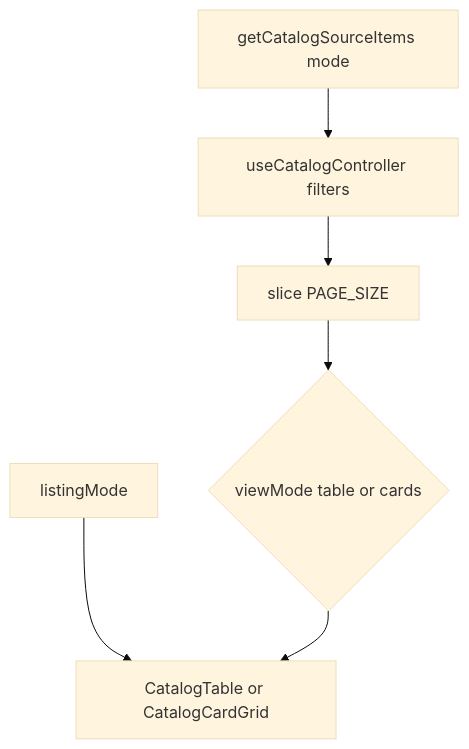
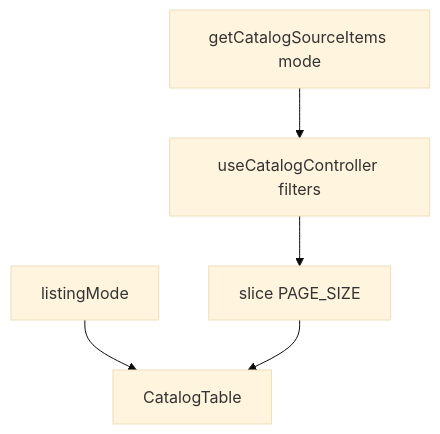
The diagram in docs/features/store-pim-catalog.md (dzorogh/oryx), drawn with Mermaid (base theme) before and after one commit. The commit also changed other lines of this file and 34 other files, not shown here.

````diff
--- a/docs/features/store-pim-catalog.md
+++ b/docs/features/store-pim-catalog.md
@@ -75,15 +71,13 @@
 ```mermaid
 flowchart TD
   mode[listingMode]
   seed[getCatalogSourceItems mode]
   filter[useCatalogController filters]
   page[slice PAGE_SIZE]
-  view{viewMode table or cards}
-  ui[CatalogTable or CatalogCardGrid]
+  ui[CatalogTable]
 
   seed --> filter
   mode --> ui
   filter --> page
-  page --> view
-  view --> ui
+  page --> ui
 ```
````
